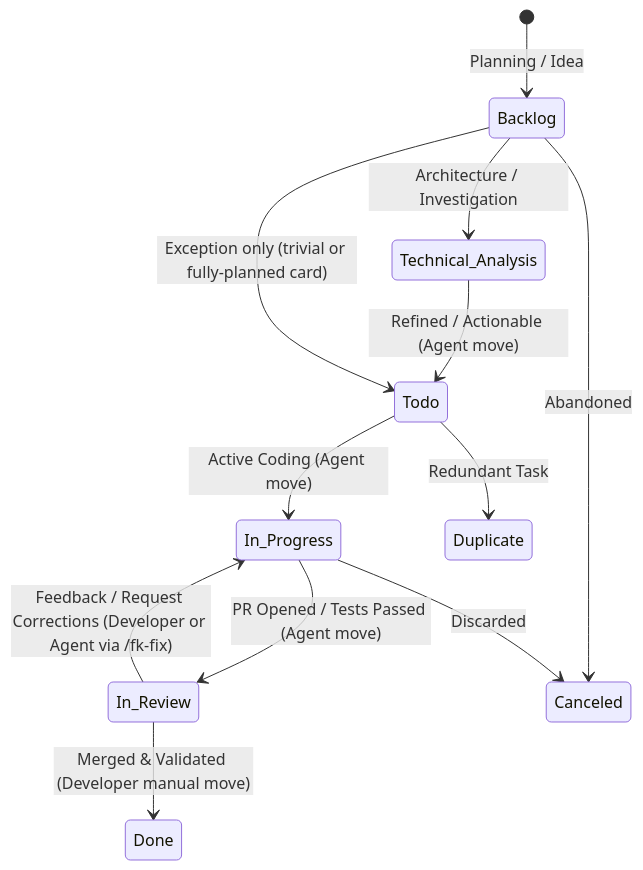
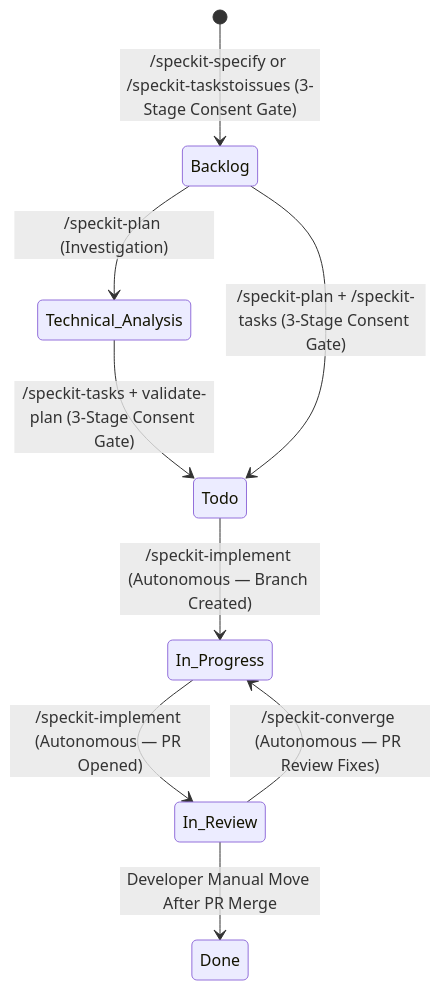
One commit to CaioCoelhoChaves/fk_apm changed the diagram in skills/linear-workflow/references/states-and-labels.md. Above: the diagram before and after it, drawn with Mermaid. The commit also changed other lines of this file and 93 other files, not shown here.

````diff
--- a/skills/linear-workflow/references/states-and-labels.md
+++ b/skills/linear-workflow/references/states-and-labels.md
@@ -11,14 +9,11 @@
 ```mermaid
 stateDiagram-v2
-    [*] --> Backlog: Planning / Idea
-    Backlog --> Technical_Analysis: Architecture / Investigation
-    Technical_Analysis --> Todo: Refined / Actionable (Agent move)
-    Todo --> In_Progress: Active Coding (Agent move)
-    Backlog --> Todo: Exception only (trivial or fully-planned card)
-    In_Progress --> In_Review: PR Opened / Tests Passed (Agent move)
-    In_Review --> In_Progress: Feedback / Request Corrections (Developer or Agent via /fk-fix)
-    In_Review --> Done: Merged & Validated (Developer manual move)
-    Backlog --> Canceled: Abandoned
-    Todo --> Duplicate: Redundant Task
-    In_Progress --> Canceled: Discarded
+    [*] --> Backlog: /speckit-specify or /speckit-taskstoissues (3-Stage Consent Gate)
+    Backlog --> Technical_Analysis: /speckit-plan (Investigation)
+    Technical_Analysis --> Todo: /speckit-tasks + validate-plan (3-Stage Consent Gate)
+    Backlog --> Todo: /speckit-plan + /speckit-tasks (3-Stage Consent Gate)
+    Todo --> In_Progress: /speckit-implement (Autonomous — Branch Created)
+    In_Progress --> In_Review: /speckit-implement (Autonomous — PR Opened)
+    In_Review --> In_Progress: /speckit-converge (Autonomous — PR Review Fixes)
+    In_Review --> Done: Developer Manual Move After PR Merge
 ```
````
